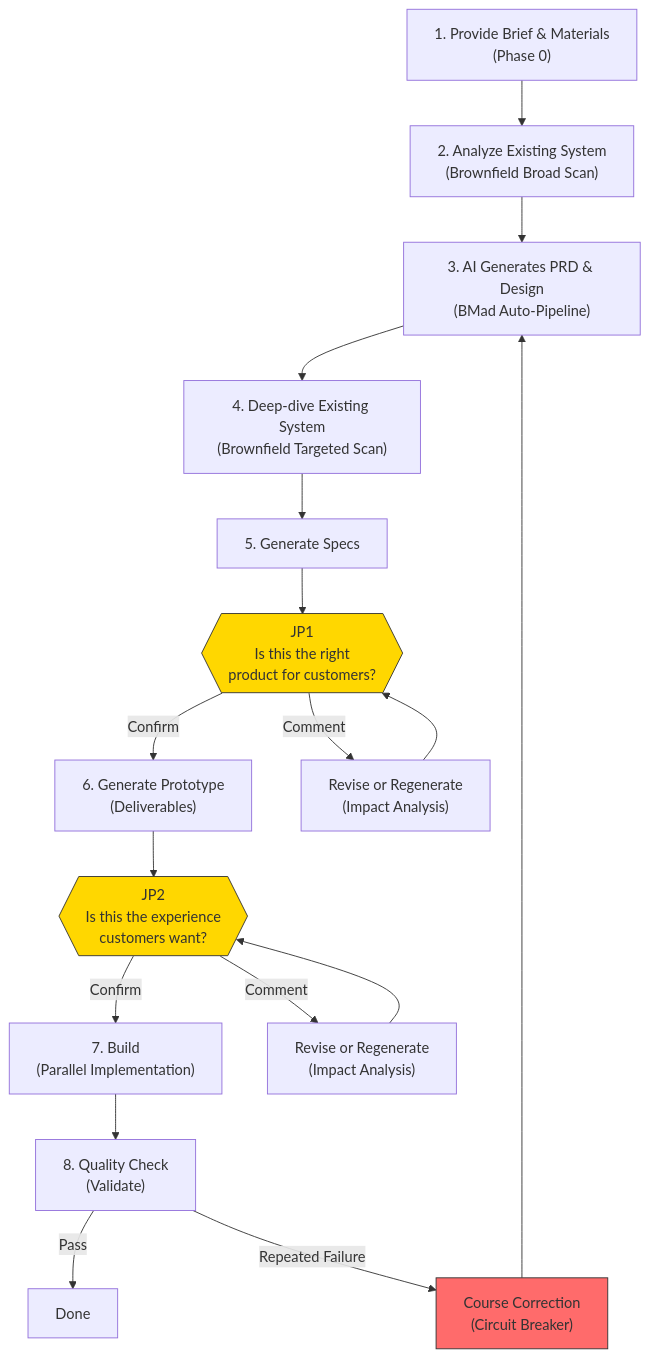
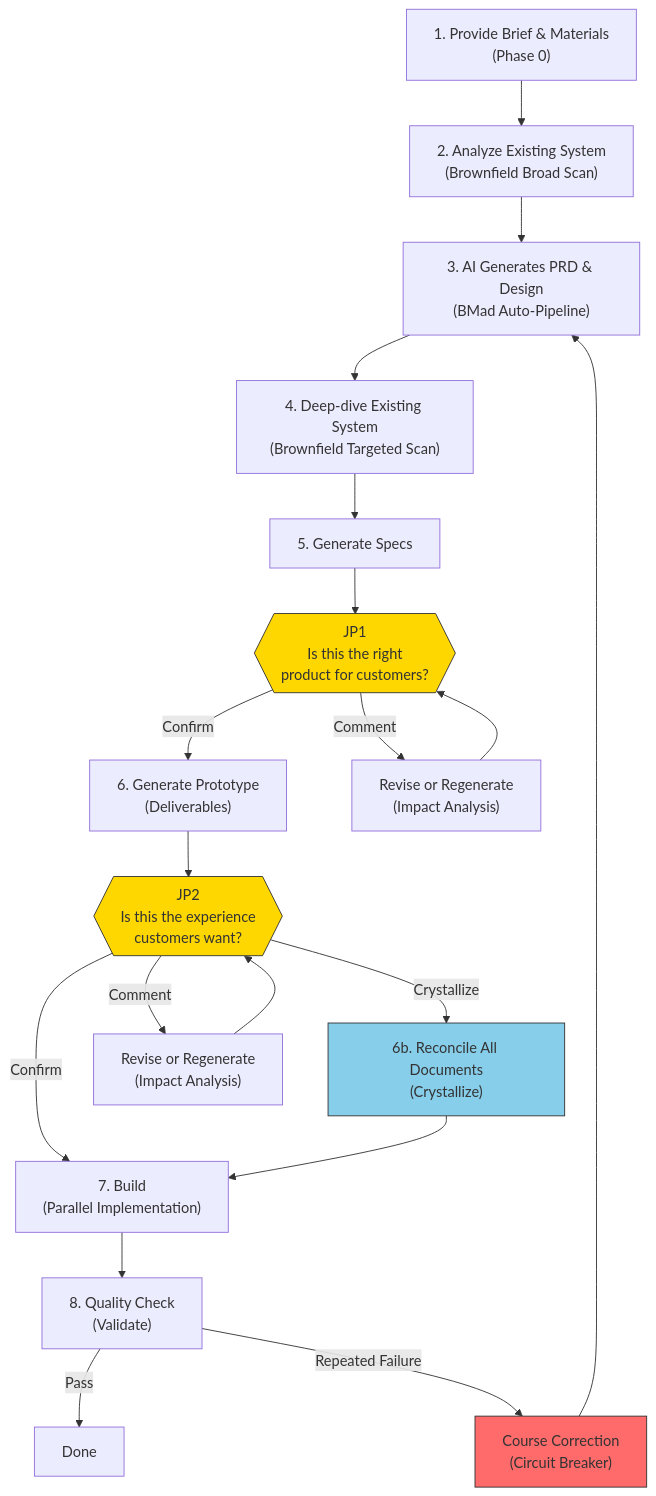
Before and after one commit to kangminlee-maker/jdd-sprint-kit: the diagram in docs/blueprint.md, drawn with Mermaid. The commit also changed other lines of this file and 1 other file, not shown here.

First line of the commit message:
docs: update blueprint to v0.5.0 with Crystallize feature

````diff
--- a/docs/blueprint.md
+++ b/docs/blueprint.md
@@ -26,23 +26,26 @@
 ```mermaid
 flowchart TD
     A["1. Provide Brief & Materials\n(Phase 0)"] --> B["2. Analyze Existing System\n(Brownfield Broad Scan)"]
     B --> C["3. AI Generates PRD & Design\n(BMad Auto-Pipeline)"]
     C --> D["4. Deep-dive Existing System\n(Brownfield Targeted Scan)"]
     D --> E["5. Generate Specs"]
     E --> JP1{{"JP1\nIs this the right\nproduct for customers?"}}
     JP1 -->|Confirm| F["6. Generate Prototype\n(Deliverables)"]
     JP1 -->|Comment| JP1_FB["Revise or Regenerate\n(Impact Analysis)"]
     JP1_FB --> JP1
     F --> JP2{{"JP2\nIs this the experience\ncustomers want?"}}
     JP2 -->|Confirm| G["7. Build\n(Parallel Implementation)"]
+    JP2 -->|Crystallize| CR["6b. Reconcile All Documents\n(Crystallize)"]
     JP2 -->|Comment| JP2_FB["Revise or Regenerate\n(Impact Analysis)"]
     JP2_FB --> JP2
+    CR --> G
     G --> H["8. Quality Check\n(Validate)"]
     H -->|Pass| I["Done"]
     H -->|Repeated Failure| CB["Course Correction\n(Circuit Breaker)"]
     CB --> C
 
     style JP1 fill:#FFD700,stroke:#333
     style JP2 fill:#FFD700,stroke:#333
+    style CR fill:#87CEEB,stroke:#333
     style CB fill:#FF6B6B,stroke:#333
 ```
````
